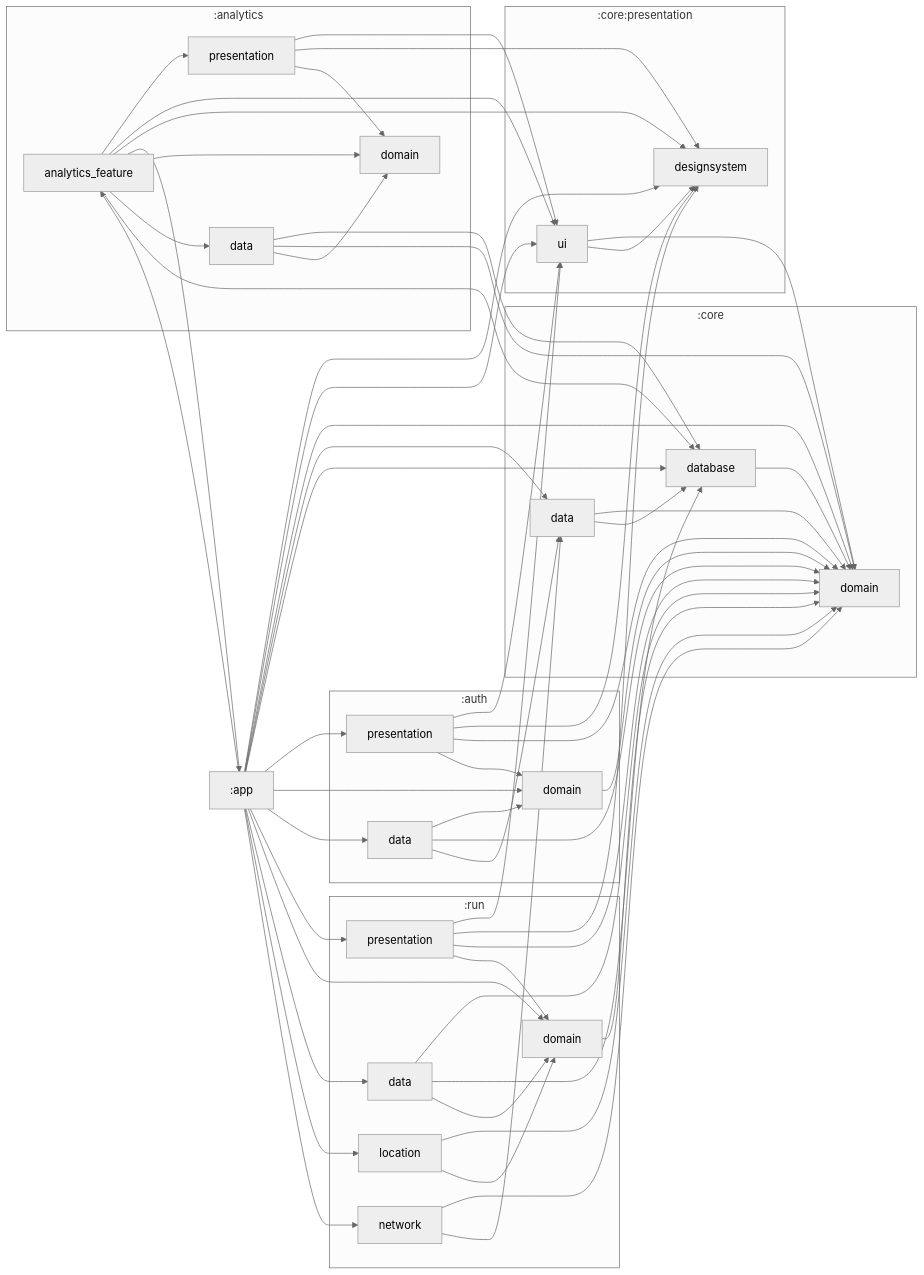
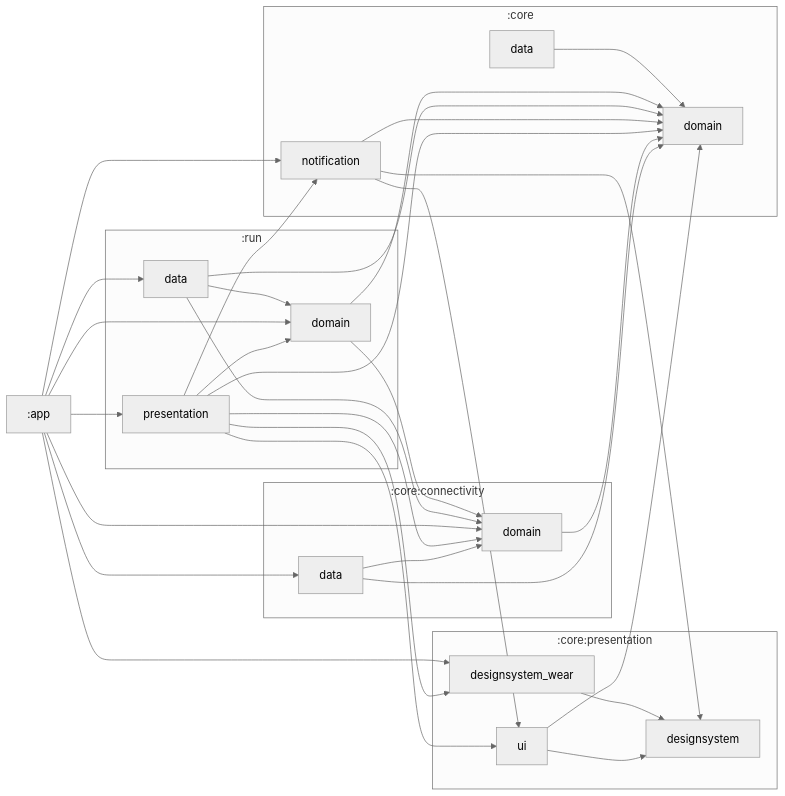
The diagram in README.md (galmax1/RunAwayWear), drawn with Mermaid before and after one commit. The commit also changed other lines of this file and 1 other file, not shown here.

Commit message:
1.0 - Setup Runaway wear separate project

````diff
--- a/README.md
+++ b/README.md
@@ -35,83 +35,51 @@
 }%%
 
 graph LR
-  subgraph :analytics
-    :analytics:presentation["presentation"]
-    :analytics:domain["domain"]
-    :analytics:analytics_feature["analytics_feature"]
-    :analytics:data["data"]
+  subgraph :core
+    :core:data["data"]
+    :core:domain["domain"]
+    :core:notification["notification"]
   end
-  subgraph :auth
-    :auth:domain["domain"]
-    :auth:data["data"]
-    :auth:presentation["presentation"]
-  end
-  subgraph :core
-    :core:domain["domain"]
-    :core:database["database"]
-    :core:data["data"]
+  subgraph :core:connectivity
+    :core:connectivity:domain["domain"]
+    :core:connectivity:data["data"]
   end
   subgraph :core:presentation
+    :core:presentation:designsystem_wear["designsystem_wear"]
+    :core:presentation:designsystem["designsystem"]
     :core:presentation:ui["ui"]
-    :core:presentation:designsystem["designsystem"]
   end
   subgraph :run
     :run:domain["domain"]
     :run:data["data"]
-    :run:network["network"]
     :run:presentation["presentation"]
-    :run:location["location"]
   end
+  :core:data --> :core:domain
   :run:domain --> :core:domain
+  :run:domain --> :core:connectivity:domain
+  :run:data --> :run:domain
   :run:data --> :core:domain
-  :run:data --> :core:database
-  :run:data --> :run:domain
-  :core:database --> :core:domain
-  :auth:domain --> :core:domain
-  :analytics:presentation --> :core:presentation:ui
-  :analytics:presentation --> :core:presentation:designsystem
-  :analytics:presentation --> :analytics:domain
-  :run:network --> :core:domain
-  :run:network --> :core:data
+  :run:data --> :core:connectivity:domain
+  :core:presentation:designsystem_wear --> :core:presentation:designsystem
   :core:presentation:ui --> :core:domain
   :core:presentation:ui --> :core:presentation:designsystem
-  :auth:data --> :auth:domain
-  :auth:data --> :core:domain
-  :auth:data --> :core:data
-  :app --> :analytics:analytics_feature
-  :app --> :core:presentation:designsystem
-  :app --> :core:presentation:ui
-  :app --> :core:domain
-  :app --> :core:data
-  :app --> :core:database
-  :app --> :auth:presentation
-  :app --> :auth:domain
-  :app --> :auth:data
+  :app --> :core:presentation:designsystem_wear
   :app --> :run:presentation
   :app --> :run:domain
   :app --> :run:data
-  :app --> :run:location
-  :app --> :run:network
-  :auth:presentation --> :core:presentation:ui
-  :auth:presentation --> :core:presentation:designsystem
-  :auth:presentation --> :core:domain
-  :auth:presentation --> :auth:domain
-  :run:location --> :core:domain
-  :run:location --> :run:domain
-  :core:data --> :core:domain
-  :core:data --> :core:database
-  :analytics:data --> :core:database
-  :analytics:data --> :core:domain
-  :analytics:data --> :analytics:domain
-  :analytics:analytics_feature --> :analytics:presentation
-  :analytics:analytics_feature --> :core:presentation:ui
-  :analytics:analytics_feature --> :core:presentation:designsystem
-  :analytics:analytics_feature --> :app
-  :analytics:analytics_feature --> :analytics:domain
-  :analytics:analytics_feature --> :analytics:data
-  :analytics:analytics_feature --> :core:database
+  :app --> :core:connectivity:domain
+  :app --> :core:connectivity:data
+  :app --> :core:notification
+  :core:notification --> :core:domain
+  :core:notification --> :core:presentation:ui
+  :core:notification --> :core:presentation:designsystem
+  :run:presentation --> :core:presentation:designsystem_wear
   :run:presentation --> :core:presentation:ui
-  :run:presentation --> :core:presentation:designsystem
+  :run:presentation --> :core:notification
   :run:presentation --> :core:domain
+  :run:presentation --> :core:connectivity:domain
   :run:presentation --> :run:domain
+  :core:connectivity:domain --> :core:domain
+  :core:connectivity:data --> :core:domain
+  :core:connectivity:data --> :core:connectivity:domain
 ```
````
